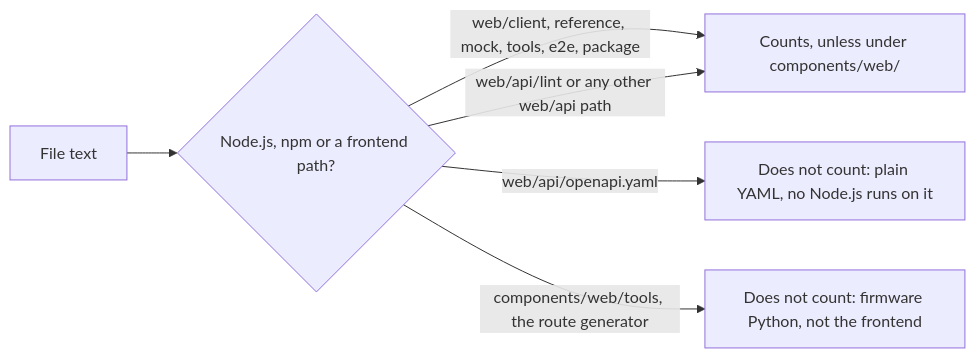
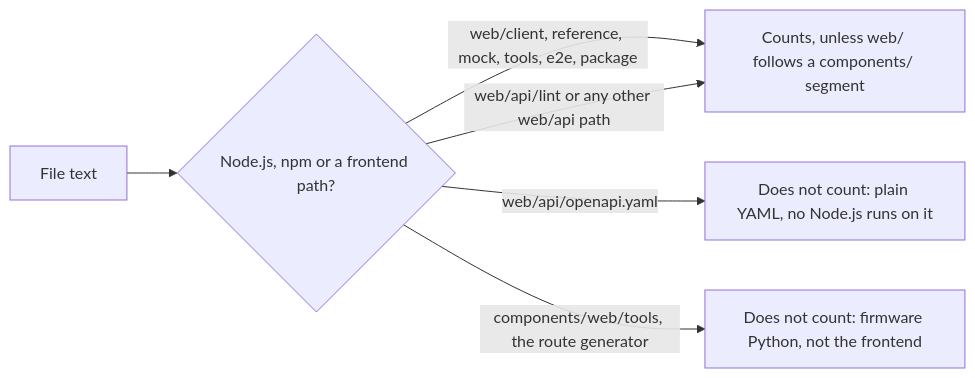
One commit to wonny-labs/crux-pilot changed the sixth of 6 diagrams in docs/plans/web-frontend-implementation.md. Above: the diagram before and after it, drawn with Mermaid. The commit also changed other lines of this file and 2 other files, not shown here.

First line of the commit message:
fix(web): close three gaps found in review of the boundary matcher

````diff
--- a/docs/plans/web-frontend-implementation.md
+++ b/docs/plans/web-frontend-implementation.md
@@ -459,8 +459,8 @@
 ```mermaid
 flowchart LR
     text[File text] --> nodeuse{Node.js, npm or a frontend path?}
-    nodeuse -- "web/client, reference, mock, tools, e2e, package" --> reds[Counts, unless under components/web/]
+    nodeuse -- "web/client, reference, mock, tools, e2e, package" --> reds[Counts, unless web/ follows a components/ segment]
     nodeuse -- "web/api/lint or any other web/api path" --> reds
     nodeuse -- "web/api/openapi.yaml" --> okspec[Does not count: plain YAML, no Node.js runs on it]
     nodeuse -- "components/web/tools, the route generator" --> okgen[Does not count: firmware Python, not the frontend]
 ```
````
